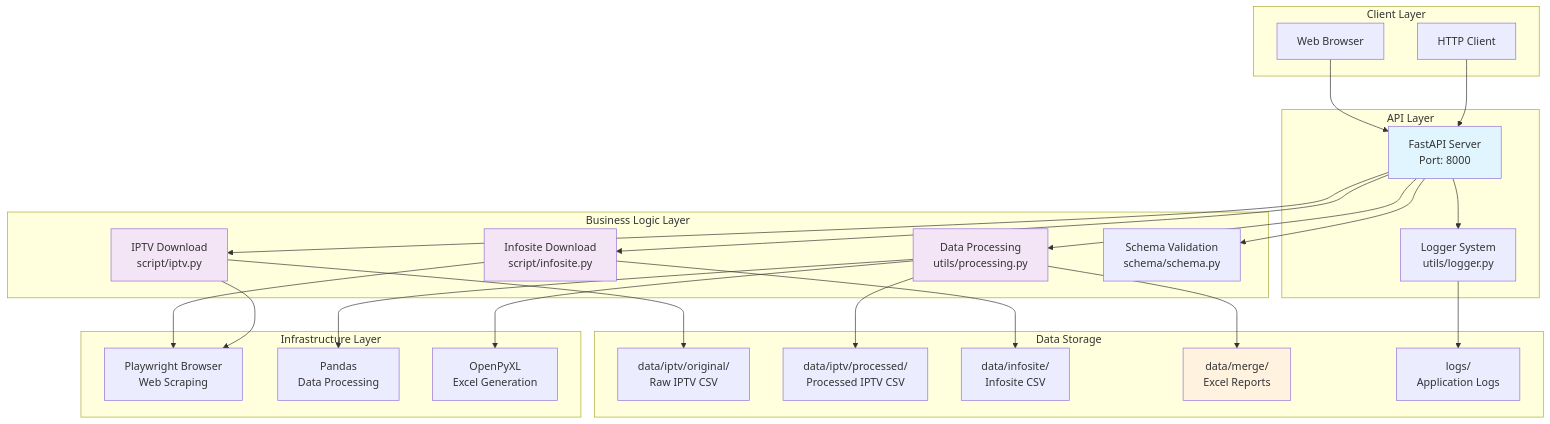
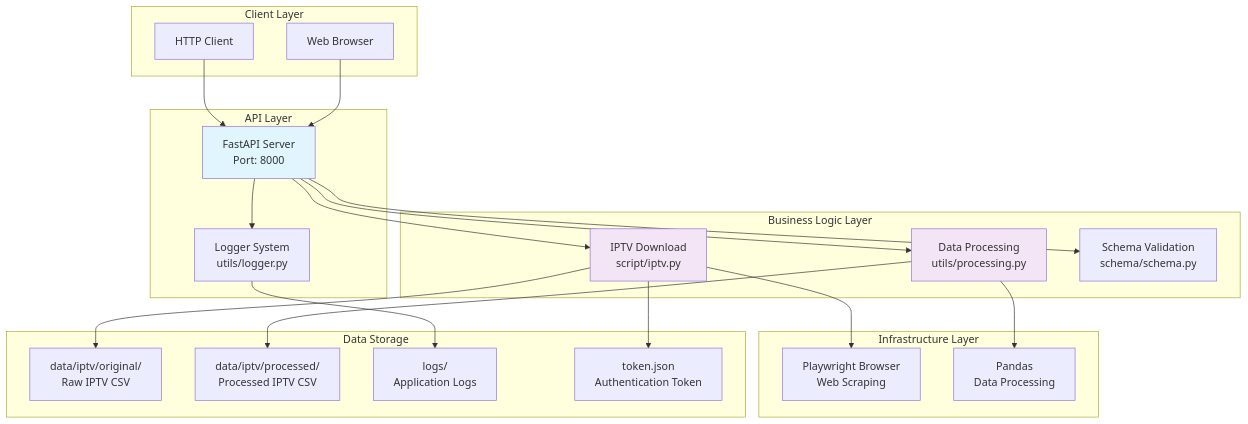
The diagram in README.md (starixvn/operation-automation_playwright_download), drawn with Mermaid before and after one commit. The commit also changed other lines of this file and 1 other file, not shown here.

````diff
--- a/README.md
+++ b/README.md
@@ -7,56 +7,47 @@
 ```mermaid
 graph TB
     subgraph "Client Layer"
         A[HTTP Client]
         B[Web Browser]
     end
 
     subgraph "API Layer"
         C[FastAPI Server<br/>Port: 8000]
         D[Logger System<br/>utils/logger.py]
     end
 
     subgraph "Business Logic Layer"
         E[IPTV Download<br/>script/iptv.py]
-        F[Infosite Download<br/>script/infosite.py]
         G[Data Processing<br/>utils/processing.py]
         H[Schema Validation<br/>schema/schema.py]
     end
 
     subgraph "Infrastructure Layer"
         I[Playwright Browser<br/>Web Scraping]
         J[Pandas<br/>Data Processing]
-        K[OpenPyXL<br/>Excel Generation]
     end
 
     subgraph "Data Storage"
         L[data/iptv/original/<br/>Raw IPTV CSV]
         M[data/iptv/processed/<br/>Processed IPTV CSV]
-        N[data/infosite/<br/>Infosite CSV]
-        O[data/merge/<br/>Excel Reports]
         P[logs/<br/>Application Logs]
+        T[token.json<br/>Authentication Token]
     end
 
     A --> C
     B --> C
     C --> D
     C --> H
     C --> E
-    C --> F
     C --> G
     E --> I
-    F --> I
     G --> J
-    G --> K
     E --> L
     G --> M
-    F --> N
-    G --> O
     D --> P
+    E --> T
 
     style C fill:#e1f5fe
     style E fill:#f3e5f5
-    style F fill:#f3e5f5
     style G fill:#f3e5f5
-    style O fill:#fff3e0
 ```
````
